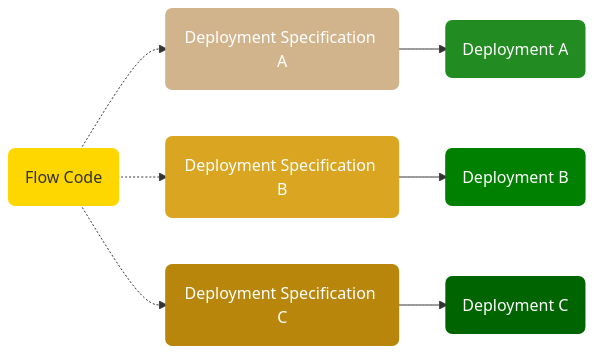
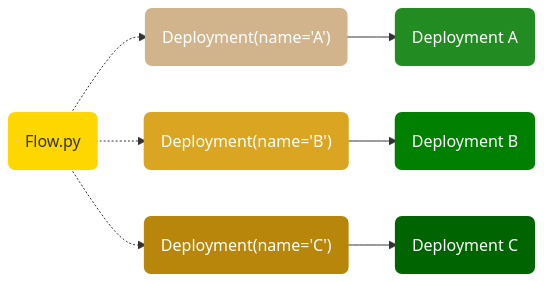
Before and after one commit to NicolasCamenischQC/prefect: the second of 2 diagrams in docs/concepts/deployments.md, drawn with Mermaid. The commit also changed other lines of this file, not shown here.

Commit message:
Remove DeploymentSpec and update deployment diagrams

````diff
--- a/docs/concepts/deployments.md
+++ b/docs/concepts/deployments.md
@@ -94,14 +92,14 @@
 ```mermaid
 graph LR
-    F(Flow Code):::yellow -.-> A(Deployment Specification A):::tan --> X(Deployment A):::fgreen
-    F -.-> B(Deployment Specification B):::gold  --> Y(Deployment B):::green
-    F -.-> C(Deployment Specification C):::dgold --> Z(Deployment C):::dgreen
+    F("Flow.py"):::yellow -.-> A("Deployment(name='A')"):::tan --> X(Deployment A):::fgreen
+    F -.-> B("Deployment(name='B')"):::gold  --> Y(Deployment B):::green
+    F -.-> C("Deployment(name='C')"):::dgold --> Z(Deployment C):::dgreen
 
     classDef gold fill:goldenrod,stroke:goldenrod,stroke-width:4px,color:white
     classDef yellow fill:gold,stroke:gold,stroke-width:4px
     classDef dgold fill:darkgoldenrod,stroke:darkgoldenrod,stroke-width:4px,color:white
     classDef tan fill:tan,stroke:tan,stroke-width:4px,color:white
     classDef fgreen fill:forestgreen,stroke:forestgreen,stroke-width:4px,color:white
     classDef green fill:green,stroke:green,stroke-width:4px,color:white
     classDef dgreen fill:darkgreen,stroke:darkgreen,stroke-width:4px,color:white
 ```
````
